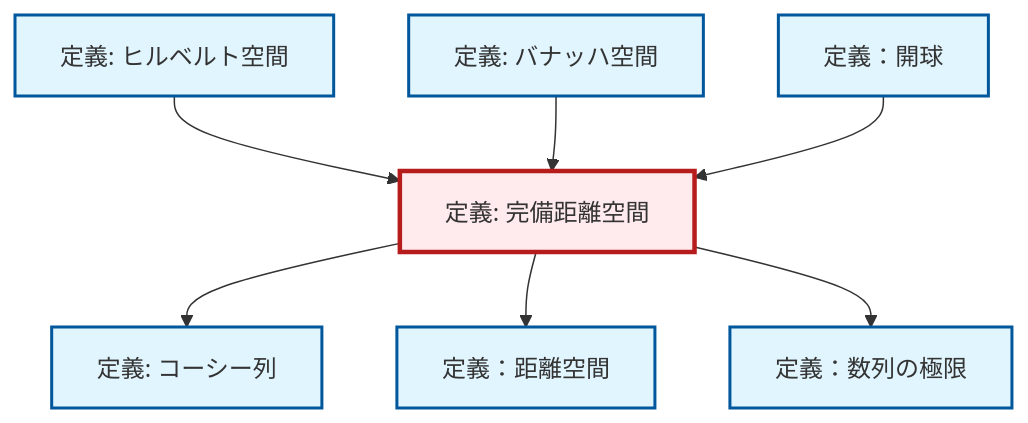
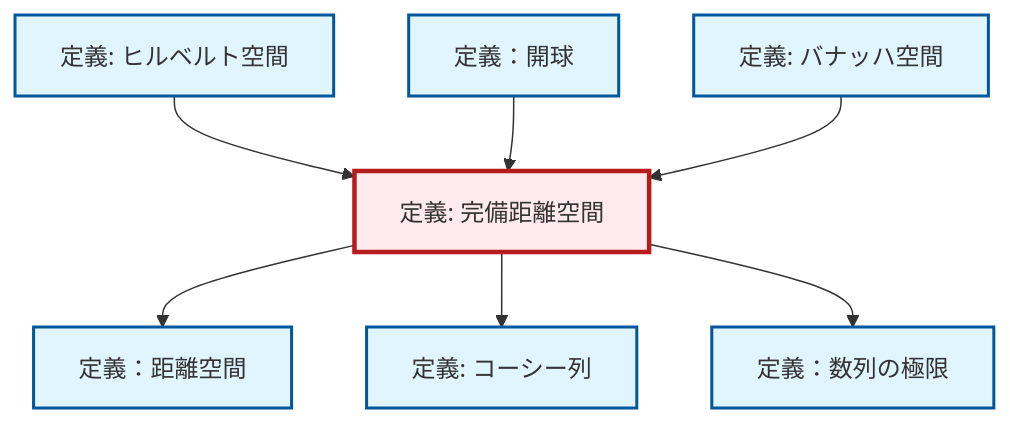
One commit to RK0429/ModernMath changed the diagram in output/mermaid/ja/def-complete-metric-space.mermaid. Above: the diagram before and after it, drawn with Mermaid. The commit also changed other lines of this file and 3096 other files, not shown here.

```diff
--- a/output/mermaid/ja/def-complete-metric-space.mermaid
+++ b/output/mermaid/ja/def-complete-metric-space.mermaid
@@ -1,21 +1,21 @@
 %%| fig-cap: "Local dependency graph"
 graph TD
     classDef definition fill:#e1f5fe,stroke:#01579b,stroke-width:2px
     classDef theorem fill:#f3e5f5,stroke:#4a148c,stroke-width:2px
     classDef axiom fill:#fff3e0,stroke:#e65100,stroke-width:2px
     classDef example fill:#e8f5e9,stroke:#1b5e20,stroke-width:2px
     classDef current fill:#ffebee,stroke:#b71c1c,stroke-width:3px
+    def-limit["定義：数列の極限"]:::definition
+    def-cauchy-sequence["定義: コーシー列"]:::definition
     def-metric-space["定義：距離空間"]:::definition
+    def-banach-space["定義: バナッハ空間"]:::definition
     def-complete-metric-space["定義: 完備距離空間"]:::definition
+    def-open-ball["定義：開球"]:::definition
     def-hilbert-space["定義: ヒルベルト空間"]:::definition
-    def-banach-space["定義: バナッハ空間"]:::definition
-    def-open-ball["定義：開球"]:::definition
-    def-cauchy-sequence["定義: コーシー列"]:::definition
-    def-limit["定義：数列の極限"]:::definition
+    def-complete-metric-space --> def-metric-space
     def-complete-metric-space --> def-cauchy-sequence
+    def-complete-metric-space --> def-limit
     def-hilbert-space --> def-complete-metric-space
+    def-open-ball --> def-complete-metric-space
     def-banach-space --> def-complete-metric-space
-    def-complete-metric-space --> def-metric-space
-    def-open-ball --> def-complete-metric-space
-    def-complete-metric-space --> def-limit
     class def-complete-metric-space current
```
